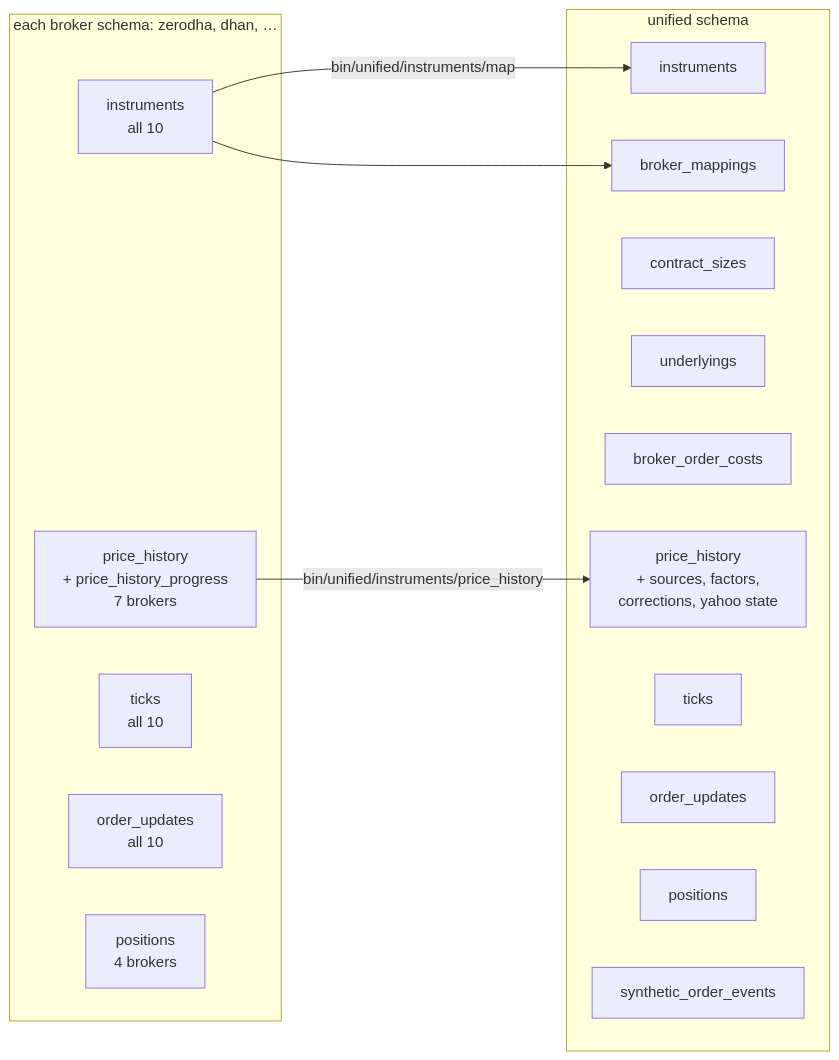
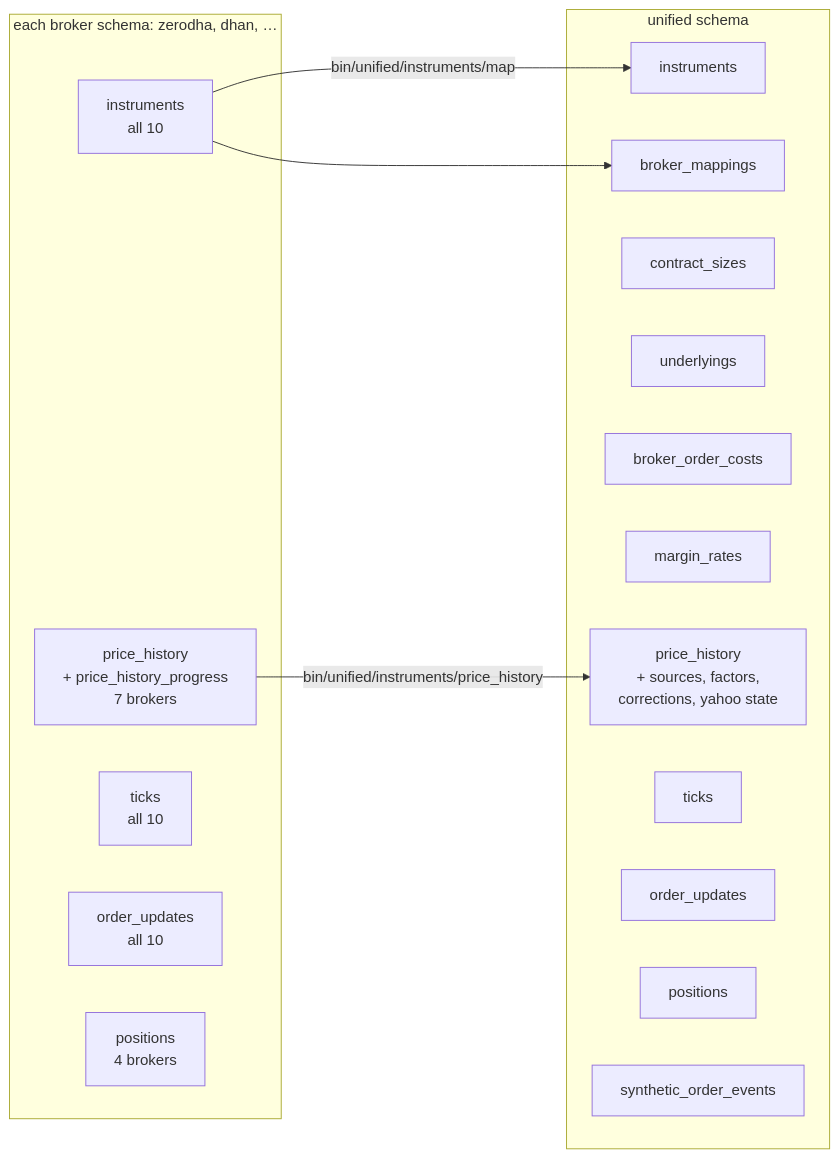
Before and after one commit to pramodathani/unified_broker_interface: the first of 3 diagrams in docs/architecture/database.md, drawn with Mermaid. The commit also changed other lines of this file and 4 other files, not shown here.

First line of the commit message:
Add margin columns to the broker cost table and a margin_rates table

````diff
--- a/docs/architecture/database.md
+++ b/docs/architecture/database.md
@@ -11,25 +11,26 @@
 ```mermaid
 flowchart LR
     subgraph broker["each broker schema: zerodha, dhan, …"]
         BI["instruments<br/>all 10"]
         BP["price_history<br/>+ price_history_progress<br/>7 brokers"]
         BT["ticks<br/>all 10"]
         BO["order_updates<br/>all 10"]
         BPOS["positions<br/>4 brokers"]
     end
     subgraph unified["unified schema"]
         UI["instruments"]
         UM["broker_mappings"]
         UC["contract_sizes"]
         UU["underlyings"]
         UBC["broker_order_costs"]
+        UMR["margin_rates"]
         UPH["price_history<br/>+ sources, factors,<br/>corrections, yahoo state"]
         UT["ticks"]
         UO["order_updates"]
         UP["positions"]
         US["synthetic_order_events"]
     end
     BI -->|bin/unified/instruments/map| UI
     BI --> UM
     BP -->|bin/unified/instruments/price_history| UPH
 ```
````
